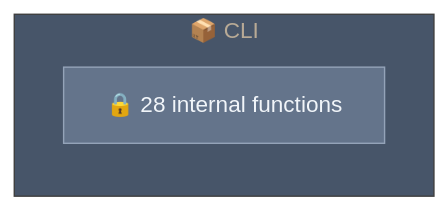
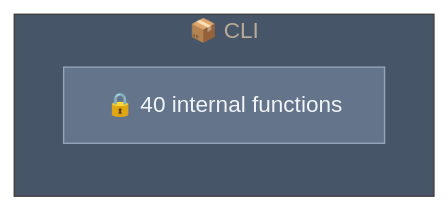
Before and after one commit to Ansh-dhanani/mikk: the diagram in .mikk/diagrams/capsules/packages-cli.mmd, drawn with Mermaid. The commit also changed 29 other files, not shown here.

```diff
--- a/.mikk/diagrams/capsules/packages-cli.mmd
+++ b/.mikk/diagrams/capsules/packages-cli.mmd
@@ -1,12 +1,12 @@
 %%{init: {"theme": "base", "themeVariables": {"primaryColor": "#1e293b", "primaryTextColor": "#e2e8f0", "lineColor": "#64748b", "secondaryColor": "#334155", "tertiaryColor": "#475569", "background": "#0f172a", "mainBkg": "#1e293b", "nodeBorder": "#475569"}}}%%
 graph LR
 
     subgraph packages_cli["📦 CLI"]
         direction TB
-        internal["🔒 28 internal functions"]
+        internal["🔒 40 internal functions"]
     end
 
 
     classDef publicApi fill:#22c55e,stroke:#4ade80,color:#f0fdf4
     classDef internalApi fill:#64748b,stroke:#94a3b8,color:#f1f5f9
     class internal internalApi
```
